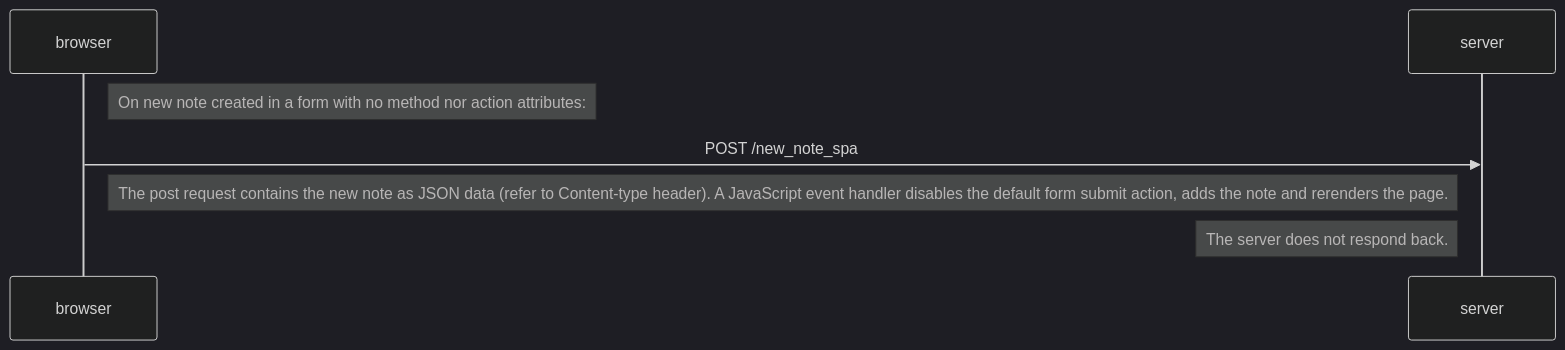
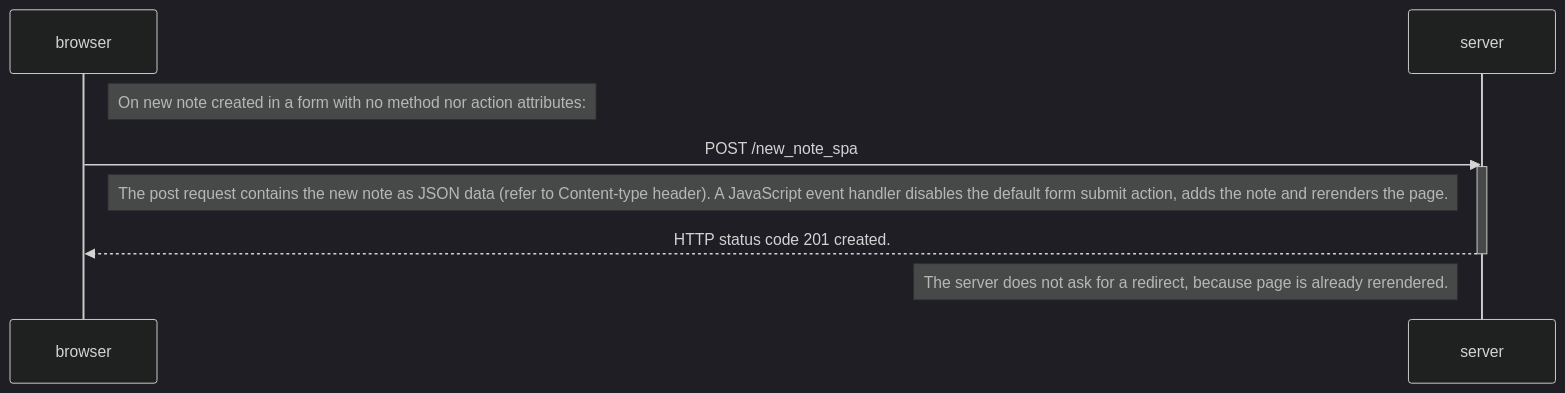
One commit to redacted24/fullstack-open changed the diagram in part0/0.6.spaNewNote.md. Above: the diagram before and after it, drawn with Mermaid (dark theme).

Commit message:
Last correction on 0.6

````diff
--- a/part0/0.6.spaNewNote.md
+++ b/part0/0.6.spaNewNote.md
@@ -1,18 +1,22 @@
 ```mermaid
 
 sequenceDiagram
     participant browser
     participant server
 
     Note right of browser: On new note created in a form with no method nor action attributes:
 
     browser->>server: POST /new_note_spa
+    activate server
 
     Note right of browser: The post request contains the new note as JSON data (refer to Content-type header). A JavaScript event handler disables the default form submit action, adds the note and rerenders the page.
 
+    server-->>browser: HTTP status code 201 created.
+    deactivate server
 
-    Note left of server: The server does not respond back.
+
+    Note left of server: The server does not ask for a redirect, because page is already rerendered.
 
 
 
 ```
````
